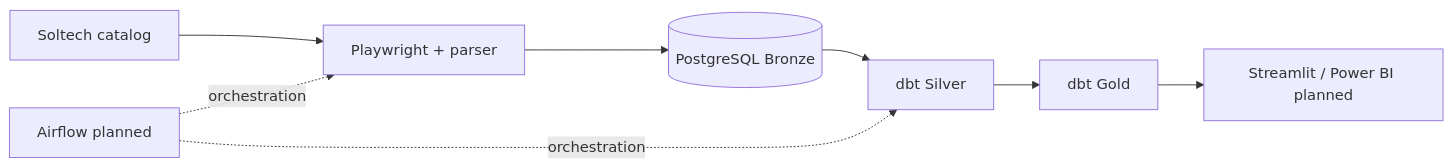
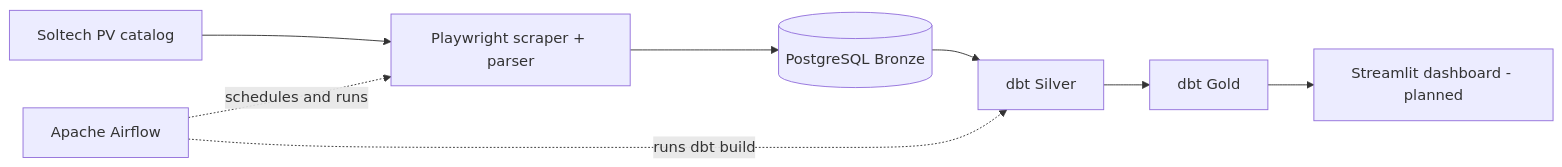
One commit to Dragozden/E2E-Solar-Scrapper changed the diagram in README.md. Above: the diagram before and after it, drawn with Mermaid. The commit also changed other lines of this file, not shown here.

Commit message:
chore: update documentation and automate daily Airflow pipeline

````diff
--- a/README.md
+++ b/README.md
@@ -15,10 +17,10 @@
 ```mermaid
 flowchart LR
-  Shop[Soltech catalog] --> Playwright[Playwright + parser]
-  Playwright --> Bronze[(PostgreSQL Bronze)]
+  Shop[Soltech PV catalog] --> Scraper[Playwright scraper + parser]
+  Scraper --> Bronze[(PostgreSQL Bronze)]
   Bronze --> Silver[dbt Silver]
   Silver --> Gold[dbt Gold]
-  Gold --> Dashboard[Streamlit / Power BI planned]
-  Airflow[Airflow planned] -. orchestration .-> Playwright
-  Airflow -. orchestration .-> Silver
+  Gold --> Dashboard[Streamlit dashboard - planned]
+  Airflow[Apache Airflow] -. schedules and runs .-> Scraper
+  Airflow -. runs dbt build .-> Silver
 ```
````
